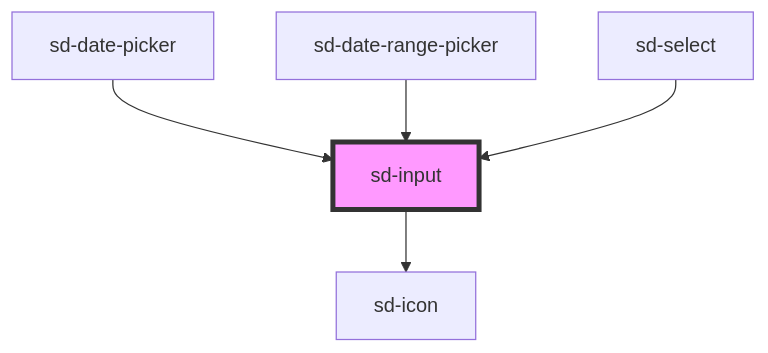
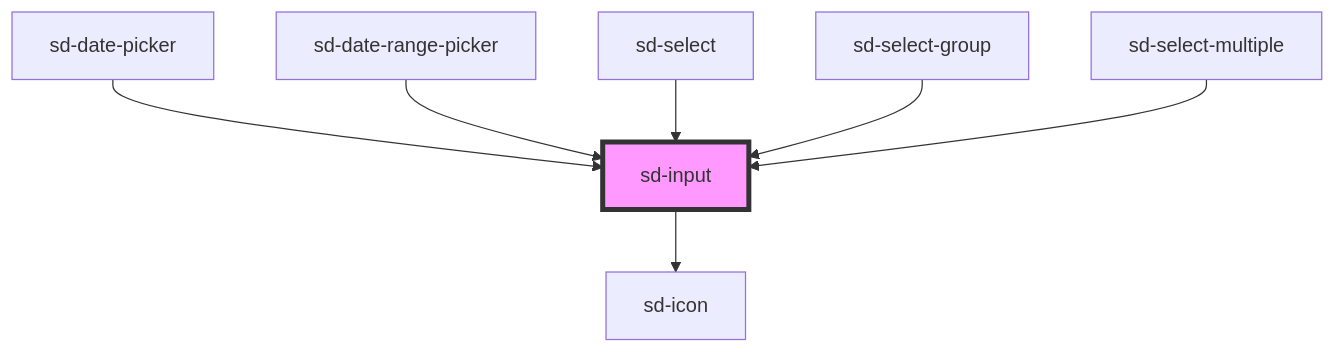
Before and after one commit to bluehalu98/stencil-ui-kit: the diagram in packages/stencil/src/components/sd-input/readme.md, drawn with Mermaid. The commit also changed other lines of this file and 13 other files, not shown here.

````diff
--- a/packages/stencil/src/components/sd-input/readme.md
+++ b/packages/stencil/src/components/sd-input/readme.md
@@ -62,8 +64,10 @@
 ```mermaid
 graph TD;
   sd-input --> sd-icon
   sd-date-picker --> sd-input
   sd-date-range-picker --> sd-input
   sd-select --> sd-input
+  sd-select-group --> sd-input
+  sd-select-multiple --> sd-input
   style sd-input fill:#f9f,stroke:#333,stroke-width:4px
 ```
````
